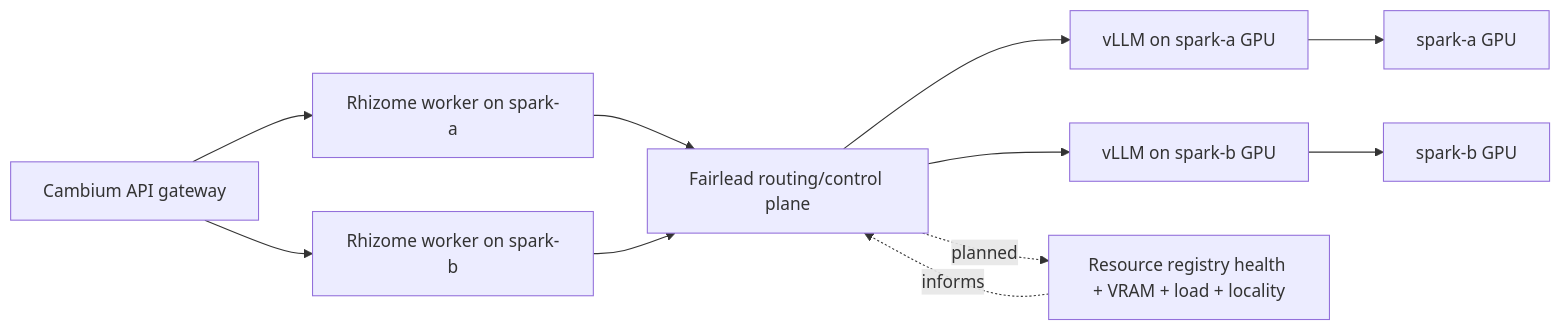
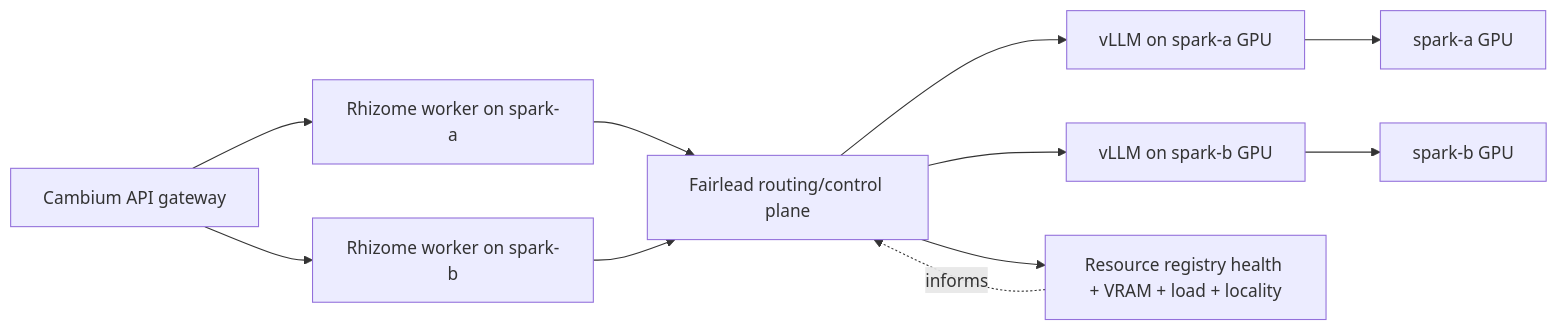
Before and after one commit to ybordag/fairlead: the diagram in docs/architecture.md, drawn with Mermaid. The commit also changed other lines of this file and 9 other files, not shown here.

````diff
--- a/docs/architecture.md
+++ b/docs/architecture.md
@@ -128,17 +130,17 @@
 ```mermaid
 flowchart LR
     cambium["Cambium API gateway"] --> rhizome_a["Rhizome worker on spark-a"]
     cambium --> rhizome_b["Rhizome worker on spark-b"]
 
     rhizome_a --> fairlead["Fairlead routing/control plane"]
     rhizome_b --> fairlead
 
     fairlead --> vllm_a["vLLM on spark-a GPU"]
     fairlead --> vllm_b["vLLM on spark-b GPU"]
 
     vllm_a --> gpu_a["spark-a GPU"]
     vllm_b --> gpu_b["spark-b GPU"]
 
-    fairlead -. planned .-> registry["Resource registry health + VRAM + load + locality"]
+    fairlead --> registry["Resource registry health + VRAM + load + locality"]
     registry -. informs .-> fairlead
 ```
````
